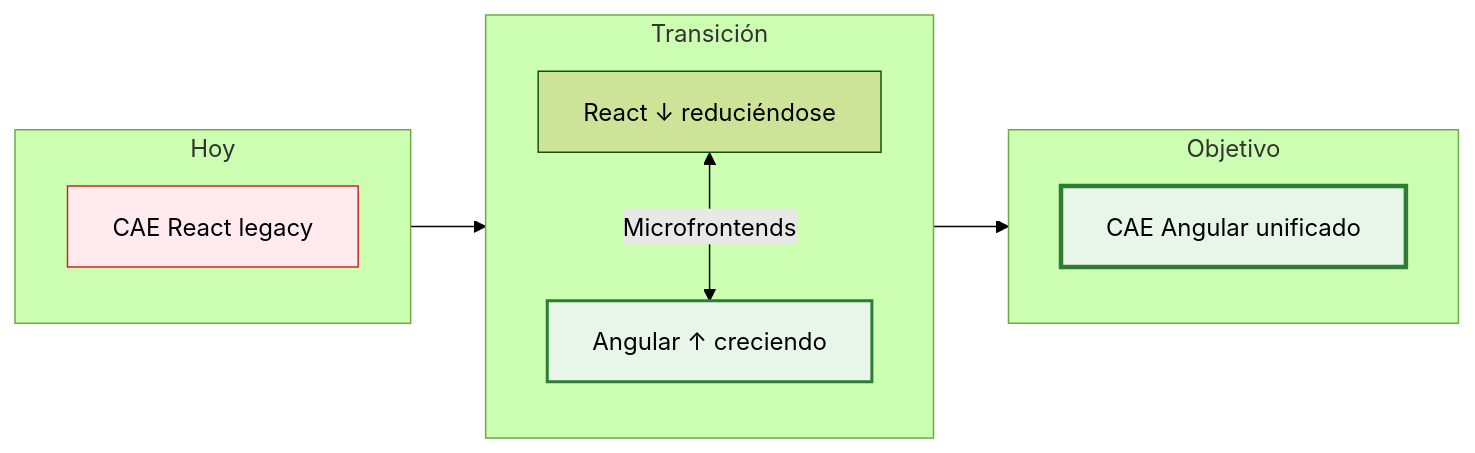
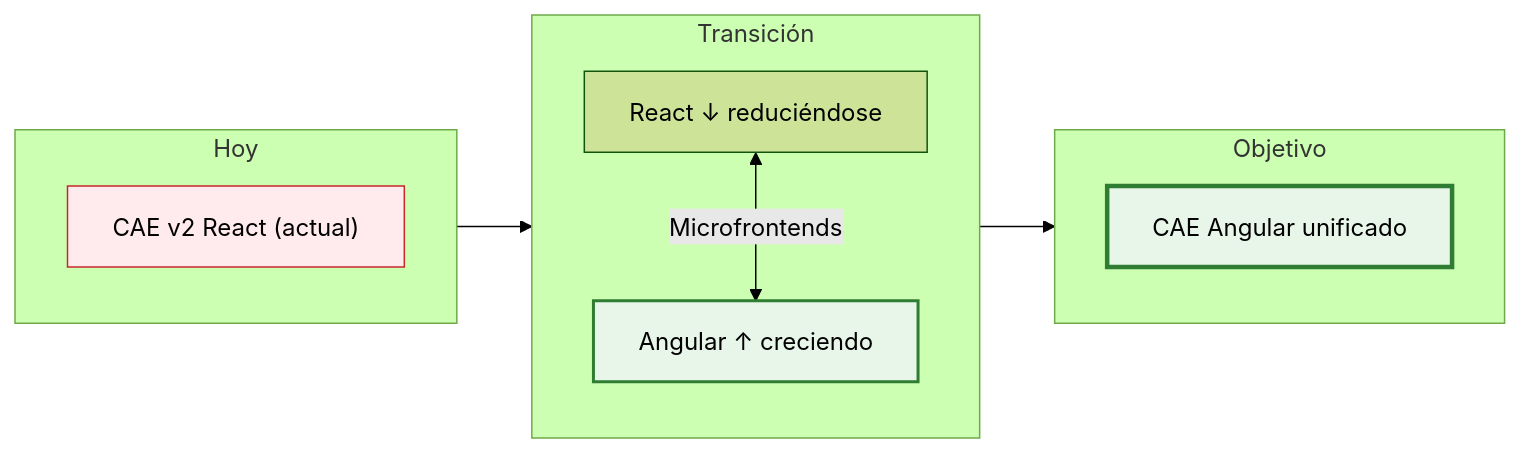
The first of 3 diagrams in caedocs/ESTRATEGIA-MIGRACION-FRONTEND-CAE.md (angelnietos/erp), drawn with Mermaid (forest theme) before and after one commit. The commit also changed other lines of this file and 9 other files, not shown here.

````diff
--- a/caedocs/ESTRATEGIA-MIGRACION-FRONTEND-CAE.md
+++ b/caedocs/ESTRATEGIA-MIGRACION-FRONTEND-CAE.md
@@ -75,22 +76,22 @@
 ```mermaid
 flowchart LR
     subgraph HOY["Hoy"]
-        REACT["CAE React legacy"]
+        REACT["CAE v2 React (actual)"]
     end
 
     subgraph TRANS["Transición"]
         REACT2["React ↓ reduciéndose"]
         ANG["Angular ↑ creciendo"]
         REACT2 <-->|Microfrontends| ANG
     end
 
     subgraph META["Objetivo"]
         CAE["CAE Angular unificado"]
     end
 
     HOY --> TRANS --> META
 
     style REACT fill:#ffebee,stroke:#c62828
     style ANG fill:#e8f5e9,stroke:#2e7d32,stroke-width:2px
     style CAE fill:#e8f5e9,stroke:#2e7d32,stroke-width:3px
 ```
````
